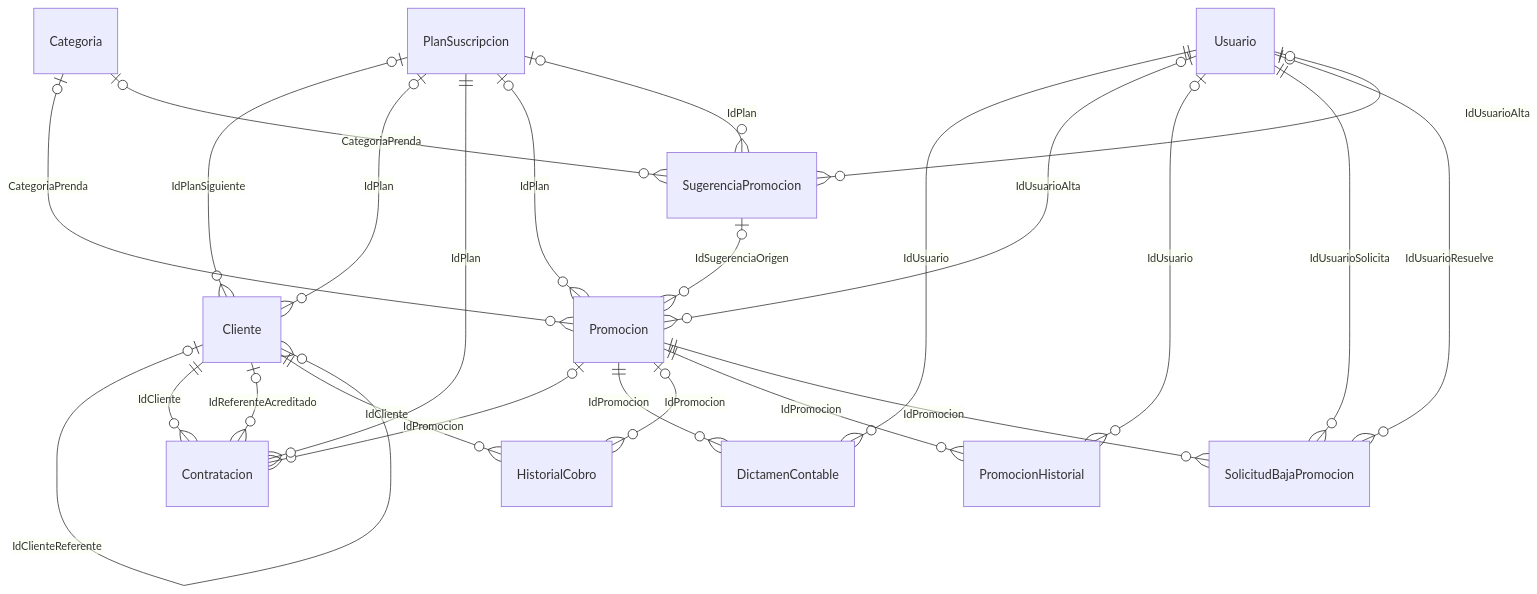
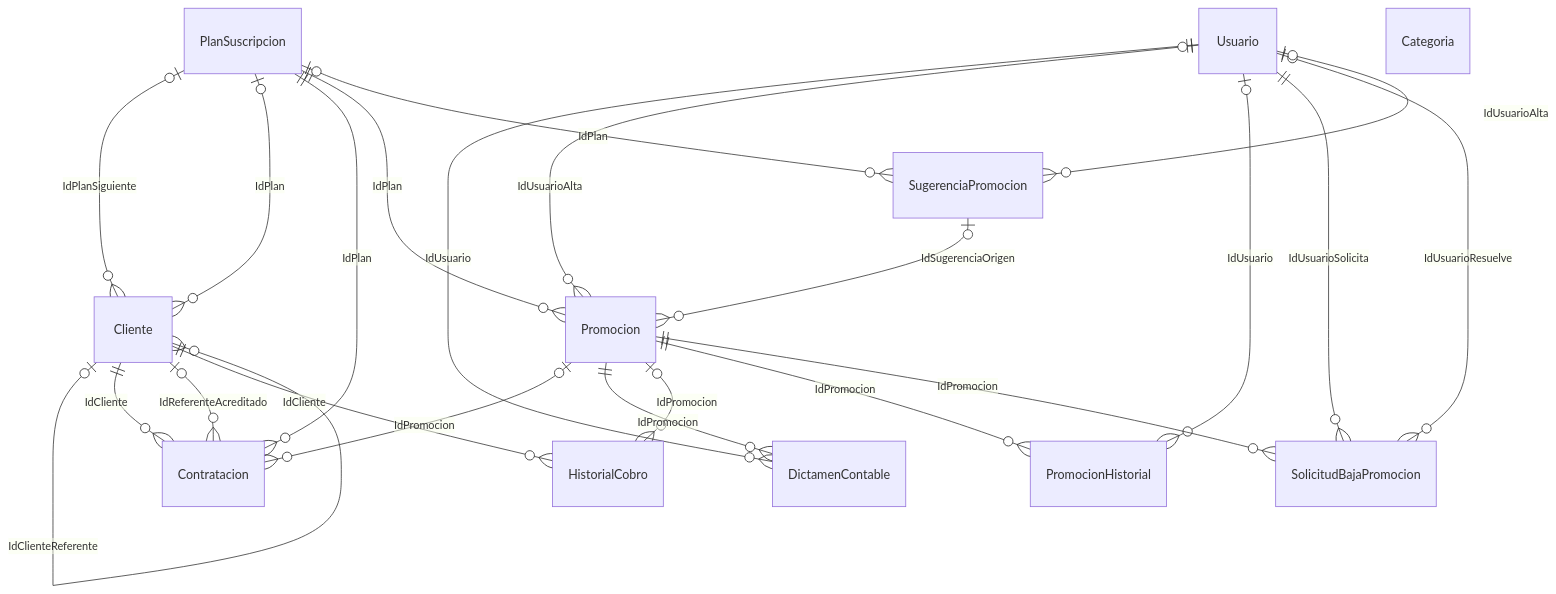
One commit to valentinamorana/Trabajo-de-Diploma changed the diagram in docs/diagramas/mermaid/MC_pn03_promociones.mmd. Above: the diagram before and after it, drawn with Mermaid. The commit also changed 113 other files, not shown here.

```diff
--- a/docs/diagramas/mermaid/MC_pn03_promociones.mmd
+++ b/docs/diagramas/mermaid/MC_pn03_promociones.mmd
@@ -1,35 +1,33 @@
 erDiagram
   Cliente |o--o{ Cliente : "IdClienteReferente"
   PlanSuscripcion |o--o{ Cliente : "IdPlanSiguiente"
   PlanSuscripcion |o--o{ Cliente : "IdPlan"
   Promocion |o--o{ Contratacion : "IdPromocion"
   PlanSuscripcion ||--o{ Contratacion : "IdPlan"
   Cliente ||--o{ Contratacion : "IdCliente"
   Cliente |o--o{ Contratacion : "IdReferenteAcreditado"
   Promocion ||--o{ DictamenContable : "IdPromocion"
   Usuario ||--o{ DictamenContable : "IdUsuario"
   Promocion |o--o{ HistorialCobro : "IdPromocion"
   Cliente ||--o{ HistorialCobro : "IdCliente"
-  Categoria |o--o{ Promocion : "CategoriaPrenda"
   Usuario |o--o{ Promocion : "IdUsuarioAlta"
+  PlanSuscripcion ||--o{ Promocion : "IdPlan"
   SugerenciaPromocion |o--o{ Promocion : "IdSugerenciaOrigen"
-  PlanSuscripcion |o--o{ Promocion : "IdPlan"
   Promocion ||--o{ PromocionHistorial : "IdPromocion"
   Usuario |o--o{ PromocionHistorial : "IdUsuario"
   Usuario ||--o{ SolicitudBajaPromocion : "IdUsuarioSolicita"
   Usuario |o--o{ SolicitudBajaPromocion : "IdUsuarioResuelve"
   Promocion ||--o{ SolicitudBajaPromocion : "IdPromocion"
-  Categoria |o--o{ SugerenciaPromocion : "CategoriaPrenda"
+  PlanSuscripcion |o--o{ SugerenciaPromocion : "IdPlan"
   Usuario |o--o{ SugerenciaPromocion : "IdUsuarioAlta"
-  PlanSuscripcion |o--o{ SugerenciaPromocion : "IdPlan"
   Usuario
   PlanSuscripcion
   Categoria
   SugerenciaPromocion
   Promocion
   PromocionHistorial
   DictamenContable
   SolicitudBajaPromocion
   Contratacion
   Cliente
   HistorialCobro
```
